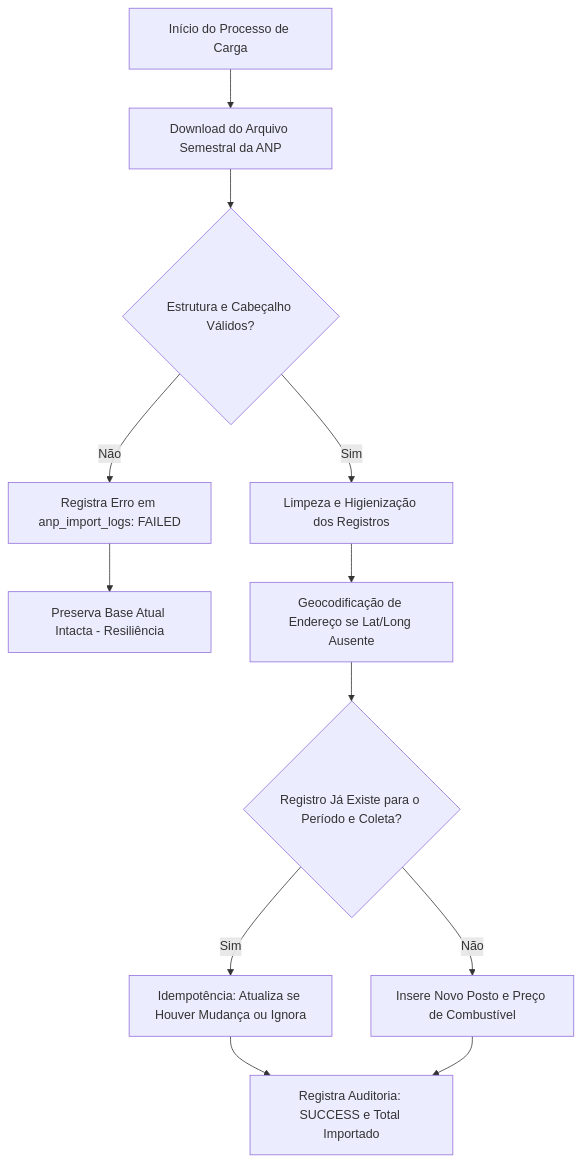
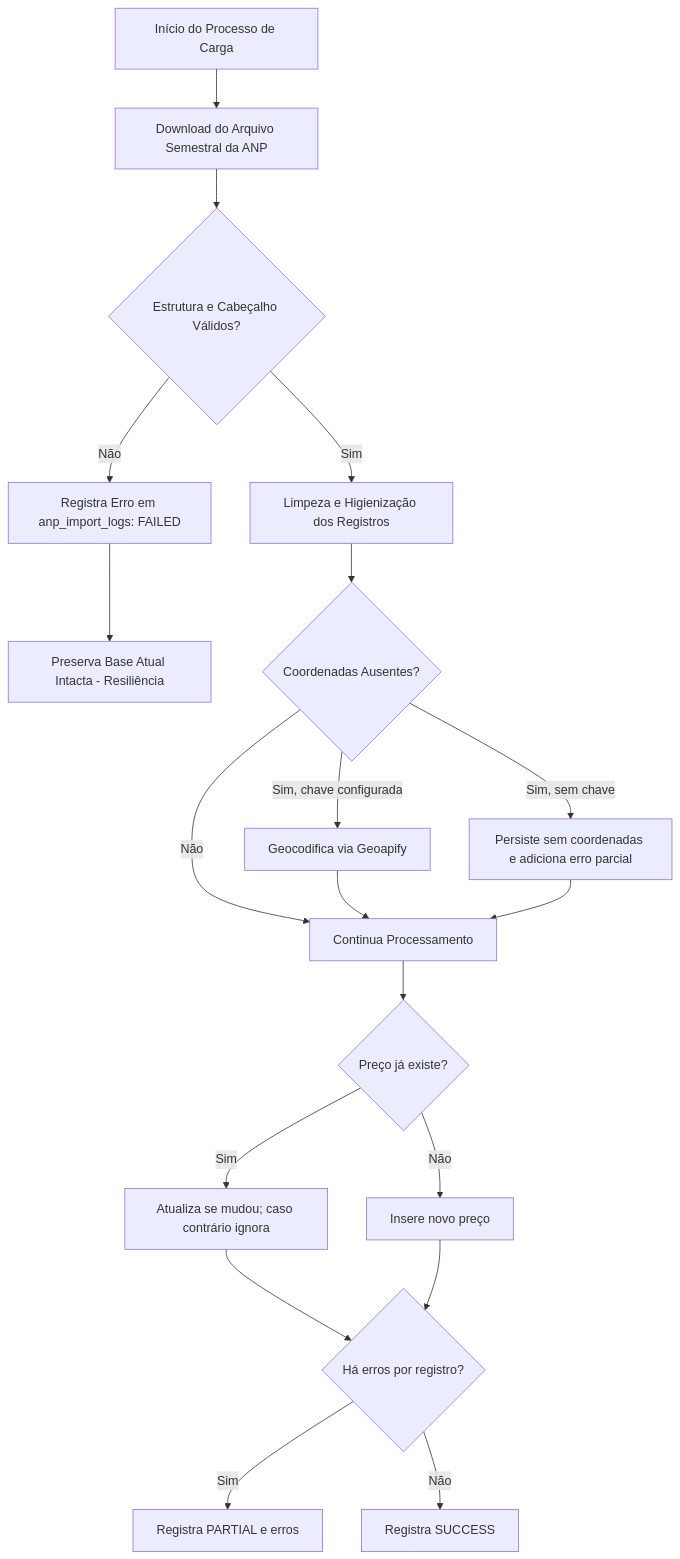
The second of 2 diagrams in .ai/business-rules.md (fuguharawillian/FuelFinder-), drawn with Mermaid before and after one commit. The commit also changed other lines of this file and 201 other files, not shown here.

````diff
--- a/.ai/business-rules.md
+++ b/.ai/business-rules.md
@@ -142,14 +157,21 @@
 ```mermaid
 flowchart TD
     A[Início do Processo de Carga] --> B[Download do Arquivo Semestral da ANP]
     B --> C{Estrutura e Cabeçalho Válidos?}
     C -- Não --> D[Registra Erro em anp_import_logs: FAILED]
     D --> E[Preserva Base Atual Intacta - Resiliência]
     C -- Sim --> F[Limpeza e Higienização dos Registros]
-    F --> G[Geocodificação de Endereço se Lat/Long Ausente]
-    G --> H{Registro Já Existe para o Período e Coleta?}
-    H -- Sim --> I[Idempotência: Atualiza se Houver Mudança ou Ignora]
-    H -- Não --> J[Insere Novo Posto e Preço de Combustível]
-    I --> K[Registra Auditoria: SUCCESS e Total Importado]
-    J --> K
+    F --> G{Coordenadas Ausentes?}
+    G -- Não --> H[Continua Processamento]
+    G -- Sim, chave configurada --> I[Geocodifica via Geoapify]
+    G -- Sim, sem chave --> J[Persiste sem coordenadas e adiciona erro parcial]
+    I --> H
+    J --> H
+    H --> K{Preço já existe?}
+    K -- Sim --> L[Atualiza se mudou; caso contrário ignora]
+    K -- Não --> M[Insere novo preço]
+    L --> N{Há erros por registro?}
+    M --> N
+    N -- Sim --> O[Registra PARTIAL e erros]
+    N -- Não --> P[Registra SUCCESS]
 ```
````
